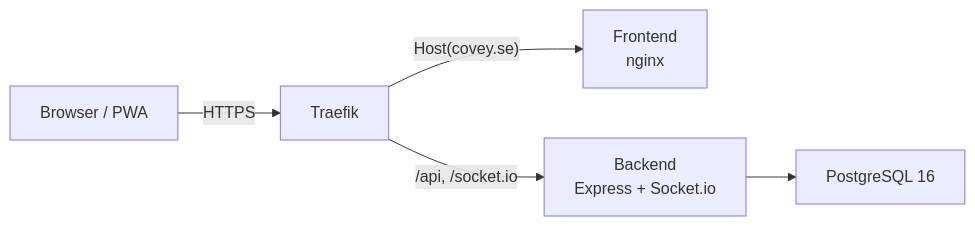
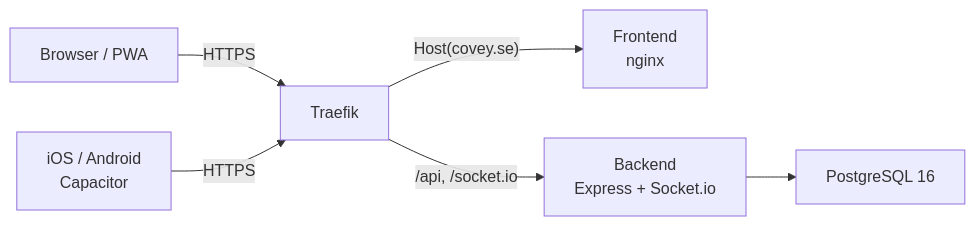
The diagram in docs/architecture.md (samilamti/covey), drawn with Mermaid before and after one commit. The commit also changed other lines of this file and 2 other files, not shown here.

First line of the commit message:
Update docs for Capacitor native apps and iOS keyboard fix

````diff
--- a/docs/architecture.md
+++ b/docs/architecture.md
@@ -7,7 +7,8 @@
 ```mermaid
 graph LR
     User["Browser / PWA"] -->|HTTPS| Traefik
+    Native["iOS / Android<br/>Capacitor"] -->|HTTPS| Traefik
     Traefik -->|"Host(covey.se)"| Frontend["Frontend<br/>nginx"]
     Traefik -->|"/api, /socket.io"| Backend["Backend<br/>Express + Socket.io"]
     Backend --> DB["PostgreSQL 16"]
 ```
````
